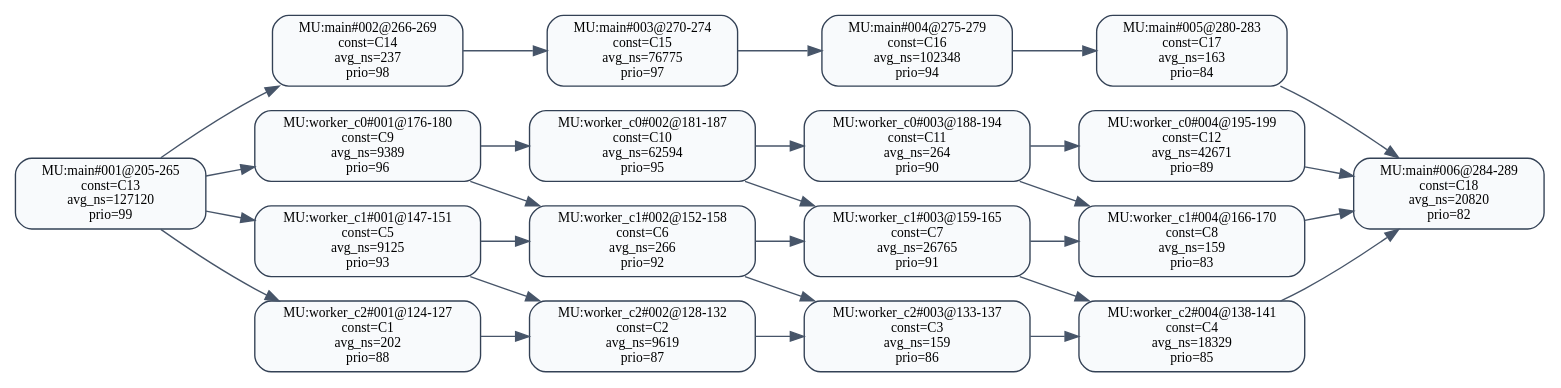
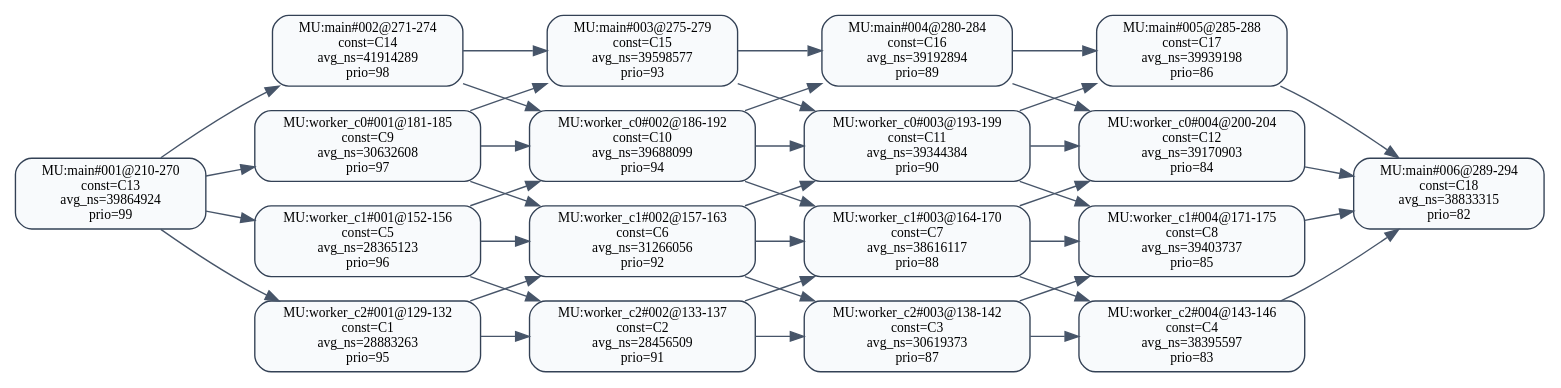
One commit to RTS-SYSU/DAG-Gen changed the diagram in 中间结果/zhang3/pipeline/validation/level2/effective_line_merge/heft/dag_seg_annotated.dot. Above: the diagram before and after it, drawn with Graphviz. The commit also changed 1017 other files, not shown here.

Commit message:
已矫正dag图circle问题，下一步准备板子上实验

```diff
--- a/中间结果/zhang3/pipeline/validation/level2/effective_line_merge/heft/dag_seg_annotated.dot
+++ b/中间结果/zhang3/pipeline/validation/level2/effective_line_merge/heft/dag_seg_annotated.dot
@@ -1,49 +1,61 @@
 digraph dag_seg_annotated {
   rankdir=LR;
   node [shape=box, style="rounded,filled", fillcolor="#F8FAFC", color="#334155", fontsize=10];
   edge [color="#475569"];
-  "MU:main#001@205-265" [label="MU:main#001@205-265\nconst=C13\navg_ns=127120\nprio=99"];
-  "MU:main#002@266-269" [label="MU:main#002@266-269\nconst=C14\navg_ns=237\nprio=98"];
-  "MU:main#003@270-274" [label="MU:main#003@270-274\nconst=C15\navg_ns=76775\nprio=97"];
-  "MU:main#004@275-279" [label="MU:main#004@275-279\nconst=C16\navg_ns=102348\nprio=94"];
-  "MU:main#005@280-283" [label="MU:main#005@280-283\nconst=C17\navg_ns=163\nprio=84"];
-  "MU:main#006@284-289" [label="MU:main#006@284-289\nconst=C18\navg_ns=20820\nprio=82"];
-  "MU:worker_c0#001@176-180" [label="MU:worker_c0#001@176-180\nconst=C9\navg_ns=9389\nprio=96"];
-  "MU:worker_c0#002@181-187" [label="MU:worker_c0#002@181-187\nconst=C10\navg_ns=62594\nprio=95"];
-  "MU:worker_c0#003@188-194" [label="MU:worker_c0#003@188-194\nconst=C11\navg_ns=264\nprio=90"];
-  "MU:worker_c0#004@195-199" [label="MU:worker_c0#004@195-199\nconst=C12\navg_ns=42671\nprio=89"];
-  "MU:worker_c1#001@147-151" [label="MU:worker_c1#001@147-151\nconst=C5\navg_ns=9125\nprio=93"];
-  "MU:worker_c1#002@152-158" [label="MU:worker_c1#002@152-158\nconst=C6\navg_ns=266\nprio=92"];
-  "MU:worker_c1#003@159-165" [label="MU:worker_c1#003@159-165\nconst=C7\navg_ns=26765\nprio=91"];
-  "MU:worker_c1#004@166-170" [label="MU:worker_c1#004@166-170\nconst=C8\navg_ns=159\nprio=83"];
-  "MU:worker_c2#001@124-127" [label="MU:worker_c2#001@124-127\nconst=C1\navg_ns=202\nprio=88"];
-  "MU:worker_c2#002@128-132" [label="MU:worker_c2#002@128-132\nconst=C2\navg_ns=9619\nprio=87"];
-  "MU:worker_c2#003@133-137" [label="MU:worker_c2#003@133-137\nconst=C3\navg_ns=159\nprio=86"];
-  "MU:worker_c2#004@138-141" [label="MU:worker_c2#004@138-141\nconst=C4\navg_ns=18329\nprio=85"];
-  "MU:worker_c2#001@124-127" -> "MU:worker_c2#002@128-132";
-  "MU:worker_c2#002@128-132" -> "MU:worker_c2#003@133-137";
-  "MU:worker_c2#003@133-137" -> "MU:worker_c2#004@138-141";
-  "MU:worker_c1#001@147-151" -> "MU:worker_c1#002@152-158";
-  "MU:worker_c1#002@152-158" -> "MU:worker_c1#003@159-165";
-  "MU:worker_c1#003@159-165" -> "MU:worker_c1#004@166-170";
-  "MU:worker_c0#001@176-180" -> "MU:worker_c0#002@181-187";
-  "MU:worker_c0#002@181-187" -> "MU:worker_c0#003@188-194";
-  "MU:worker_c0#003@188-194" -> "MU:worker_c0#004@195-199";
-  "MU:main#001@205-265" -> "MU:main#002@266-269";
-  "MU:main#002@266-269" -> "MU:main#003@270-274";
-  "MU:main#003@270-274" -> "MU:main#004@275-279";
-  "MU:main#004@275-279" -> "MU:main#005@280-283";
-  "MU:main#005@280-283" -> "MU:main#006@284-289";
-  "MU:main#001@205-265" -> "MU:worker_c0#001@176-180";
-  "MU:main#001@205-265" -> "MU:worker_c1#001@147-151";
-  "MU:main#001@205-265" -> "MU:worker_c2#001@124-127";
-  "MU:worker_c0#004@195-199" -> "MU:main#006@284-289";
-  "MU:worker_c1#004@166-170" -> "MU:main#006@284-289";
-  "MU:worker_c2#004@138-141" -> "MU:main#006@284-289";
-  "MU:worker_c1#001@147-151" -> "MU:worker_c2#002@128-132";
-  "MU:worker_c1#002@152-158" -> "MU:worker_c2#003@133-137";
-  "MU:worker_c1#003@159-165" -> "MU:worker_c2#004@138-141";
-  "MU:worker_c0#001@176-180" -> "MU:worker_c1#002@152-158";
-  "MU:worker_c0#002@181-187" -> "MU:worker_c1#003@159-165";
-  "MU:worker_c0#003@188-194" -> "MU:worker_c1#004@166-170";
+  "MU:main#001@210-270" [label="MU:main#001@210-270\nconst=C13\navg_ns=39864924\nprio=99"];
+  "MU:main#002@271-274" [label="MU:main#002@271-274\nconst=C14\navg_ns=41914289\nprio=98"];
+  "MU:main#003@275-279" [label="MU:main#003@275-279\nconst=C15\navg_ns=39598577\nprio=93"];
+  "MU:main#004@280-284" [label="MU:main#004@280-284\nconst=C16\navg_ns=39192894\nprio=89"];
+  "MU:main#005@285-288" [label="MU:main#005@285-288\nconst=C17\navg_ns=39939198\nprio=86"];
+  "MU:main#006@289-294" [label="MU:main#006@289-294\nconst=C18\navg_ns=38833315\nprio=82"];
+  "MU:worker_c0#001@181-185" [label="MU:worker_c0#001@181-185\nconst=C9\navg_ns=30632608\nprio=97"];
+  "MU:worker_c0#002@186-192" [label="MU:worker_c0#002@186-192\nconst=C10\navg_ns=39688099\nprio=94"];
+  "MU:worker_c0#003@193-199" [label="MU:worker_c0#003@193-199\nconst=C11\navg_ns=39344384\nprio=90"];
+  "MU:worker_c0#004@200-204" [label="MU:worker_c0#004@200-204\nconst=C12\navg_ns=39170903\nprio=84"];
+  "MU:worker_c1#001@152-156" [label="MU:worker_c1#001@152-156\nconst=C5\navg_ns=28365123\nprio=96"];
+  "MU:worker_c1#002@157-163" [label="MU:worker_c1#002@157-163\nconst=C6\navg_ns=31266056\nprio=92"];
+  "MU:worker_c1#003@164-170" [label="MU:worker_c1#003@164-170\nconst=C7\navg_ns=38616117\nprio=88"];
+  "MU:worker_c1#004@171-175" [label="MU:worker_c1#004@171-175\nconst=C8\navg_ns=39403737\nprio=85"];
+  "MU:worker_c2#001@129-132" [label="MU:worker_c2#001@129-132\nconst=C1\navg_ns=28883263\nprio=95"];
+  "MU:worker_c2#002@133-137" [label="MU:worker_c2#002@133-137\nconst=C2\navg_ns=28456509\nprio=91"];
+  "MU:worker_c2#003@138-142" [label="MU:worker_c2#003@138-142\nconst=C3\navg_ns=30619373\nprio=87"];
+  "MU:worker_c2#004@143-146" [label="MU:worker_c2#004@143-146\nconst=C4\navg_ns=38395597\nprio=83"];
+  "MU:worker_c2#001@129-132" -> "MU:worker_c2#002@133-137";
+  "MU:worker_c2#002@133-137" -> "MU:worker_c2#003@138-142";
+  "MU:worker_c2#003@138-142" -> "MU:worker_c2#004@143-146";
+  "MU:worker_c1#001@152-156" -> "MU:worker_c1#002@157-163";
+  "MU:worker_c1#002@157-163" -> "MU:worker_c1#003@164-170";
+  "MU:worker_c1#003@164-170" -> "MU:worker_c1#004@171-175";
+  "MU:worker_c0#001@181-185" -> "MU:worker_c0#002@186-192";
+  "MU:worker_c0#002@186-192" -> "MU:worker_c0#003@193-199";
+  "MU:worker_c0#003@193-199" -> "MU:worker_c0#004@200-204";
+  "MU:main#001@210-270" -> "MU:main#002@271-274";
+  "MU:main#002@271-274" -> "MU:main#003@275-279";
+  "MU:main#003@275-279" -> "MU:main#004@280-284";
+  "MU:main#004@280-284" -> "MU:main#005@285-288";
+  "MU:main#005@285-288" -> "MU:main#006@289-294";
+  "MU:main#001@210-270" -> "MU:worker_c0#001@181-185";
+  "MU:main#001@210-270" -> "MU:worker_c1#001@152-156";
+  "MU:main#001@210-270" -> "MU:worker_c2#001@129-132";
+  "MU:worker_c0#004@200-204" -> "MU:main#006@289-294";
+  "MU:worker_c1#004@171-175" -> "MU:main#006@289-294";
+  "MU:worker_c2#004@143-146" -> "MU:main#006@289-294";
+  "MU:worker_c2#001@129-132" -> "MU:worker_c1#002@157-163";
+  "MU:worker_c1#001@152-156" -> "MU:worker_c2#002@133-137";
+  "MU:worker_c2#002@133-137" -> "MU:worker_c1#003@164-170";
+  "MU:worker_c1#002@157-163" -> "MU:worker_c2#003@138-142";
+  "MU:worker_c2#003@138-142" -> "MU:worker_c1#004@171-175";
+  "MU:worker_c1#003@164-170" -> "MU:worker_c2#004@143-146";
+  "MU:worker_c1#001@152-156" -> "MU:worker_c0#002@186-192";
+  "MU:worker_c0#001@181-185" -> "MU:worker_c1#002@157-163";
+  "MU:worker_c1#002@157-163" -> "MU:worker_c0#003@193-199";
+  "MU:worker_c0#002@186-192" -> "MU:worker_c1#003@164-170";
+  "MU:worker_c1#003@164-170" -> "MU:worker_c0#004@200-204";
+  "MU:worker_c0#003@193-199" -> "MU:worker_c1#004@171-175";
+  "MU:worker_c0#001@181-185" -> "MU:main#003@275-279";
+  "MU:main#002@271-274" -> "MU:worker_c0#002@186-192";
+  "MU:worker_c0#002@186-192" -> "MU:main#004@280-284";
+  "MU:main#003@275-279" -> "MU:worker_c0#003@193-199";
+  "MU:worker_c0#003@193-199" -> "MU:main#005@285-288";
+  "MU:main#004@280-284" -> "MU:worker_c0#004@200-204";
 }
```
